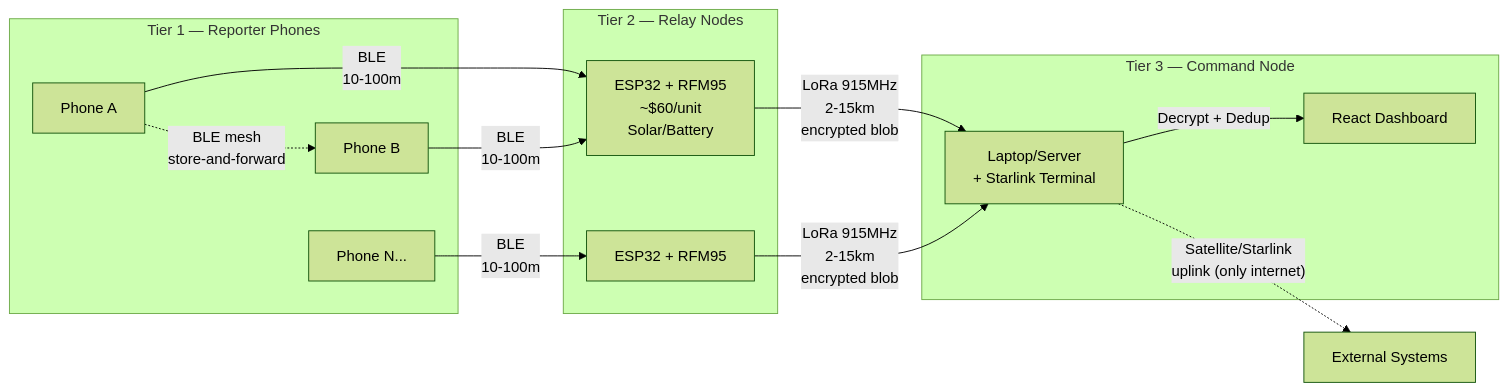
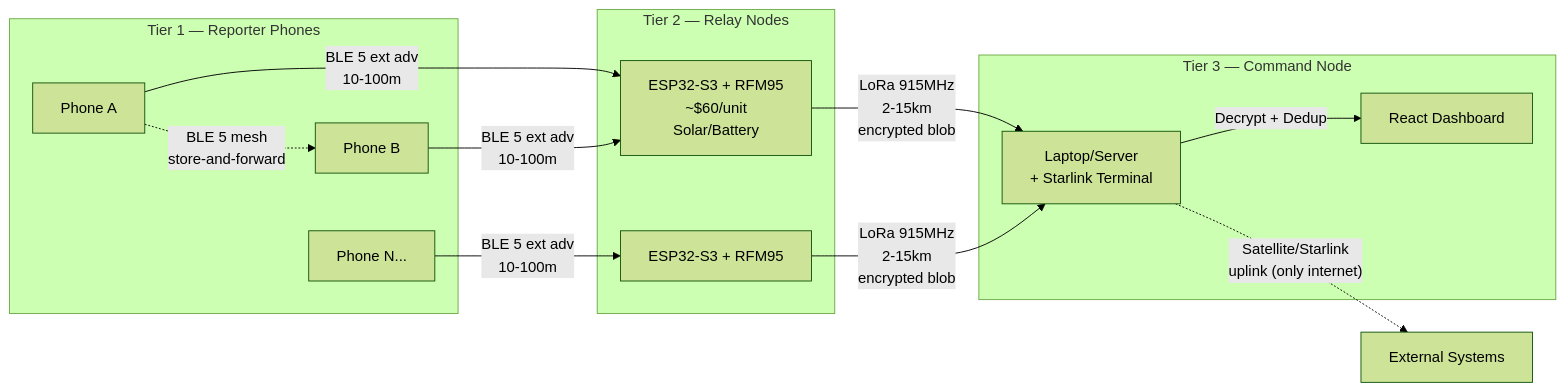
Before and after one commit to AniruddhaK07/Emergency-Mesh-V1: the first of 6 diagrams in docs/WIRING.md, drawn with Mermaid (forest theme). The commit also changed other lines of this file and 14 other files, not shown here.

Commit message:
feat(mesh): migrate to BLE 5 extended advertising and fix service lifecycle

````diff
--- a/docs/WIRING.md
+++ b/docs/WIRING.md
@@ -5,27 +5,27 @@
 ```mermaid
 graph LR
     subgraph "Tier 1 — Reporter Phones"
         P1["Phone A"]
         P2["Phone B"]
         P3["Phone N..."]
     end
 
     subgraph "Tier 2 — Relay Nodes"
-        R1["ESP32 + RFM95<br/>~$60/unit<br/>Solar/Battery"]
-        R2["ESP32 + RFM95"]
+        R1["ESP32-S3 + RFM95<br/>~$60/unit<br/>Solar/Battery"]
+        R2["ESP32-S3 + RFM95"]
     end
 
     subgraph "Tier 3 — Command Node"
         C1["Laptop/Server<br/>+ Starlink Terminal"]
         D["React Dashboard"]
     end
 
-    P1 -- "BLE<br/>10-100m" --> R1
-    P2 -- "BLE<br/>10-100m" --> R1
-    P3 -- "BLE<br/>10-100m" --> R2
-    P1 -. "BLE mesh<br/>store-and-forward" .-> P2
+    P1 -- "BLE 5 ext adv<br/>10-100m" --> R1
+    P2 -- "BLE 5 ext adv<br/>10-100m" --> R1
+    P3 -- "BLE 5 ext adv<br/>10-100m" --> R2
+    P1 -. "BLE 5 mesh<br/>store-and-forward" .-> P2
     R1 -- "LoRa 915MHz<br/>2-15km<br/>encrypted blob" --> C1
     R2 -- "LoRa 915MHz<br/>2-15km<br/>encrypted blob" --> C1
     C1 -- "Decrypt + Dedup" --> D
     C1 -. "Satellite/Starlink<br/>uplink (only internet)" .-> Internet["External Systems"]
 ```
````
